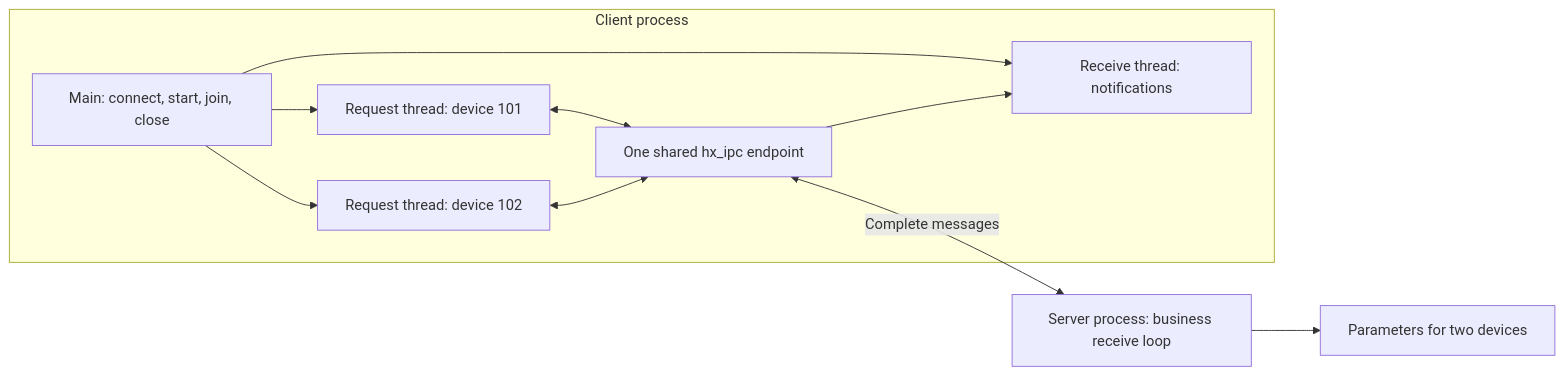
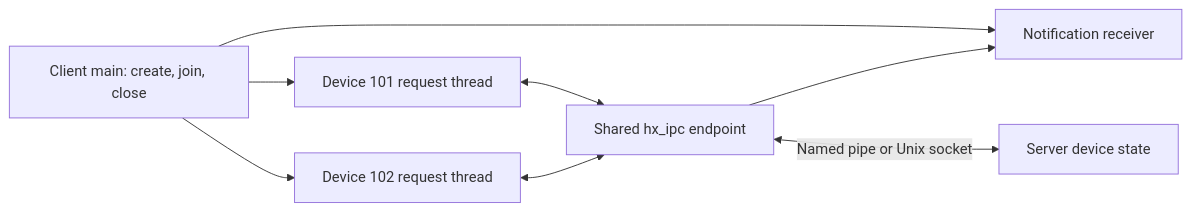
The diagram in docs/IPC_BUSINESS.md (HuangX666/hx_c_platform), drawn with Mermaid before and after one commit. The commit also changed other lines of this file and 33 other files, not shown here.

````diff
--- a/docs/IPC_BUSINESS.md
+++ b/docs/IPC_BUSINESS.md
@@ -96,18 +52,10 @@
 ```mermaid
 flowchart LR
-    subgraph Client[Client process]
-        Main[Main: connect, start, join, close]
-        T1[Request thread: device 101]
-        T2[Request thread: device 102]
-        RX[Receive thread: notifications]
-        EP[One shared hx_ipc endpoint]
-        Main --> T1
-        Main --> T2
-        Main --> RX
-        T1 <--> EP
-        T2 <--> EP
-        EP --> RX
-    end
-    EP <-->|Complete messages| Service[Server process: business receive loop]
-    Service --> State[Parameters for two devices]
+    Main[Client main: create, join, close] --> A[Device 101 request thread]
+    Main --> B[Device 102 request thread]
+    Main --> R[Notification receiver]
+    A <--> I[Shared hx_ipc endpoint]
+    B <--> I
+    I --> R
+    I <-->|Named pipe or Unix socket| S[Server device state]
 ```
````
